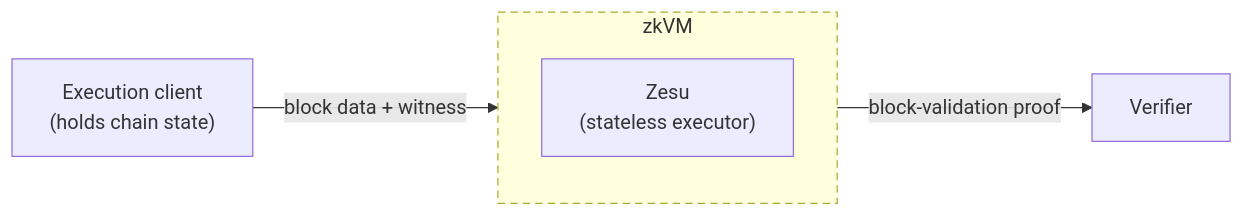
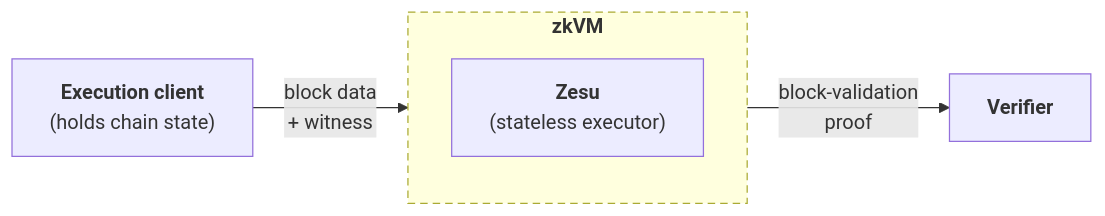
Before and after one commit to Consensys/doc.zesu: the diagram in docs/concepts/architecture.mdx, drawn with Mermaid. The commit also changed 4 other files, not shown here.

Commit message:
customize diagrams

````diff
--- a/docs/concepts/architecture.mdx
+++ b/docs/concepts/architecture.mdx
@@ -56,9 +56,9 @@
 ```mermaid
 flowchart LR
-    A["Execution client\n(holds chain state)"] -->|"block data + witness"| zkvm
-    subgraph zkvm["zkVM"]
-        B["Zesu\n(stateless executor)"]
+    A["`**Execution client**<br/>(holds chain state)`"] -->|"block data<br/>+ witness"| zkvm
+    subgraph zkvm["`**zkVM**`"]
+        B["`**Zesu**<br/>(stateless executor)`"]
     end
-    zkvm -->|"block-validation proof"| C["Verifier"]
+    zkvm -->|"block-validation<br/>proof"| C["`**Verifier**`"]
     style zkvm stroke-dasharray:6 4
 ```
````
